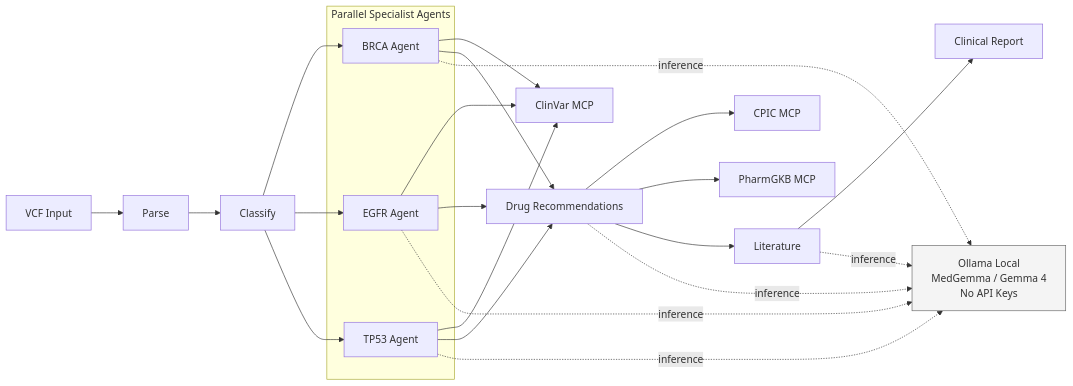
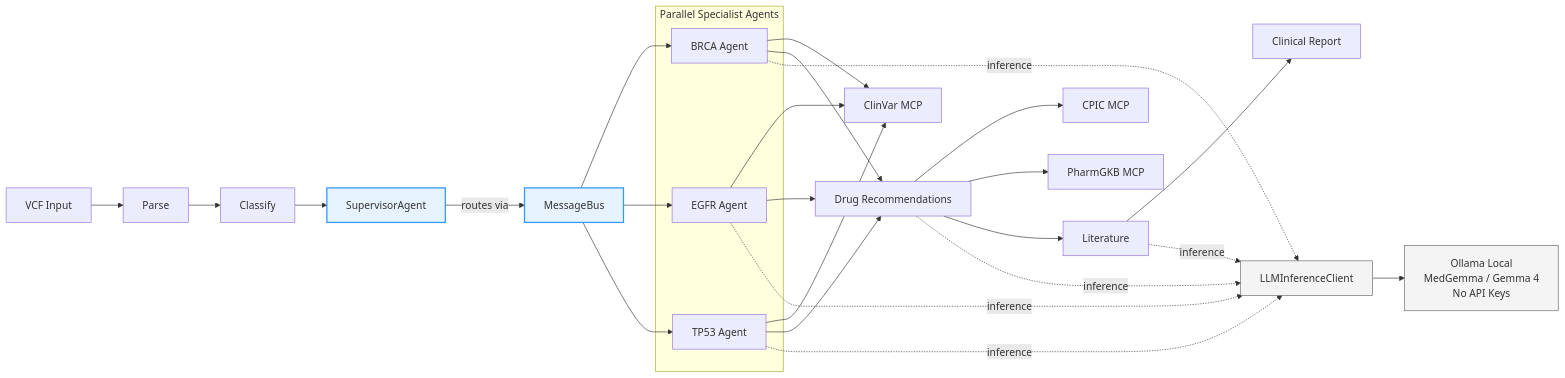
The diagram in readme.md (drthgz/PharmaGenomics-Advisor), drawn with Mermaid before and after one commit. The commit also changed other lines of this file and 15 other files, not shown here.

````diff
--- a/readme.md
+++ b/readme.md
@@ -58,37 +58,43 @@
 ```mermaid
 flowchart LR
         VCF[VCF Input] --> PARSE[Parse]
         PARSE --> CLASSIFY[Classify]
+
+        CLASSIFY --> SUPERVISOR[SupervisorAgent]:::agent
 
         subgraph SPECIALISTS[Parallel Specialist Agents]
                 BRCA[BRCA Agent]
                 EGFR[EGFR Agent]
                 TP53[TP53 Agent]
         end
 
-        CLASSIFY --> BRCA
-        CLASSIFY --> EGFR
-        CLASSIFY --> TP53
+        SUPERVISOR -->|routes via| MSGBUS[MessageBus]:::agent
+        MSGBUS --> BRCA
+        MSGBUS --> EGFR
+        MSGBUS --> TP53
 
         BRCA --> CLINVAR[ClinVar MCP]
         EGFR --> CLINVAR
         TP53 --> CLINVAR
 
         BRCA --> DRUG[Drug Recommendations]
         EGFR --> DRUG
         TP53 --> DRUG
 
         DRUG --> CPIC[CPIC MCP]
         DRUG --> PHARMGKB[PharmGKB MCP]
         DRUG --> LIT[Literature]
         LIT --> REPORT[Clinical Report]
 
+        LLMCLIENT[LLMInferenceClient]:::infra
         OLLAMA[Ollama Local\nMedGemma / Gemma 4\nNo API Keys]:::infra
-        BRCA -.inference.-> OLLAMA
-        EGFR -.inference.-> OLLAMA
-        TP53 -.inference.-> OLLAMA
-        DRUG -.inference.-> OLLAMA
-        LIT -.inference.-> OLLAMA
+        LLMCLIENT --> OLLAMA
+        BRCA -.inference.-> LLMCLIENT
+        EGFR -.inference.-> LLMCLIENT
+        TP53 -.inference.-> LLMCLIENT
+        DRUG -.inference.-> LLMCLIENT
+        LIT -.inference.-> LLMCLIENT
 
         classDef infra fill:#f4f4f4,stroke:#666,stroke-width:1px;
+        classDef agent fill:#e6f3ff,stroke:#3399ff,stroke-width:2px;
 ```
````
